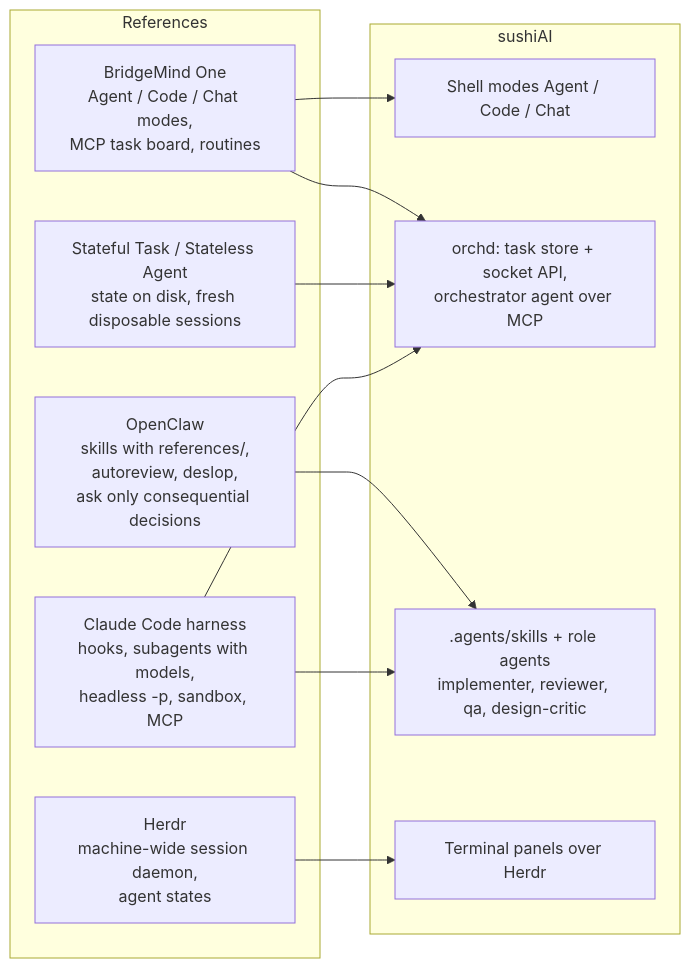
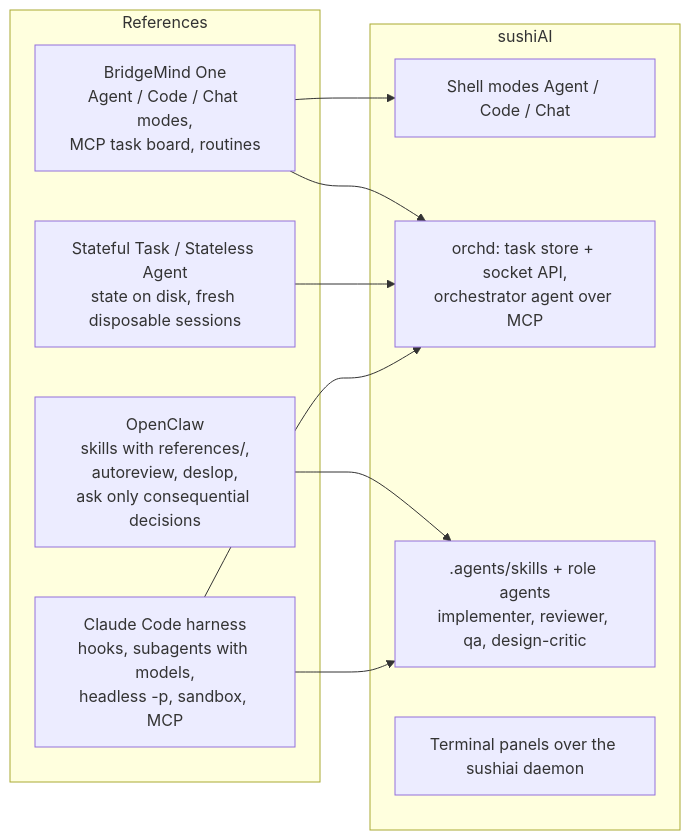
Before and after one commit to sushi-killer/sushiAI: the sixth of 6 diagrams in docs/architecture.md, drawn with Mermaid. The commit also changed other lines of this file and 155 other files, not shown here.

Commit message:
feat!: remove Herdr and run every session on the sushiai daemon

````diff
--- a/docs/architecture.md
+++ b/docs/architecture.md
@@ -339,23 +342,21 @@
 ```mermaid
 flowchart LR
   subgraph refs["References"]
     bm["BridgeMind One<br/>Agent / Code / Chat modes,<br/>MCP task board, routines"]
     oc["OpenClaw<br/>skills with references/,<br/>autoreview, deslop,<br/>ask only consequential decisions"]
     stsa["Stateful Task / Stateless Agent<br/>state on disk, fresh disposable sessions"]
     cc["Claude Code harness<br/>hooks, subagents with models,<br/>headless -p, sandbox, MCP"]
-    hd["Herdr<br/>machine-wide session daemon,<br/>agent states"]
   end
   subgraph ours["sushiAI"]
     modes["Shell modes Agent / Code / Chat"]
     orchdN["orchd: task store + socket API,<br/>orchestrator agent over MCP"]
     skills[".agents/skills + role agents<br/>implementer, reviewer, qa, design-critic"]
-    sessions["Terminal panels over Herdr"]
+    sessions["Terminal panels over the sushiai daemon"]
   end
   bm --> modes
   bm --> orchdN
   stsa --> orchdN
   cc --> orchdN
   oc --> skills
   cc --> skills
-  hd --> sessions
 ```
````
